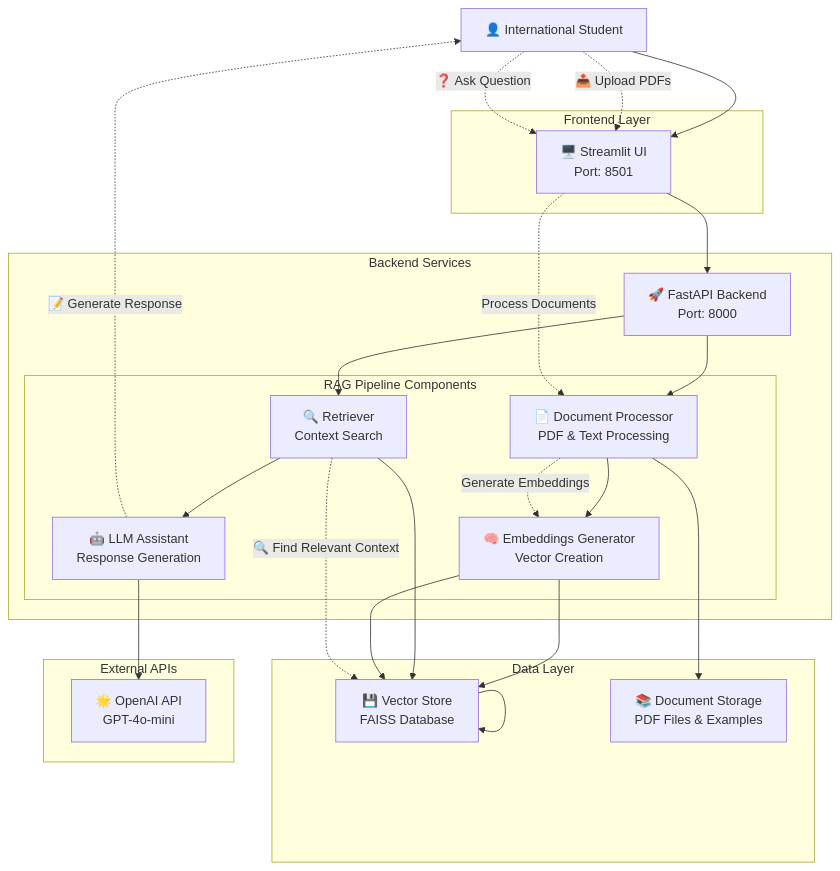
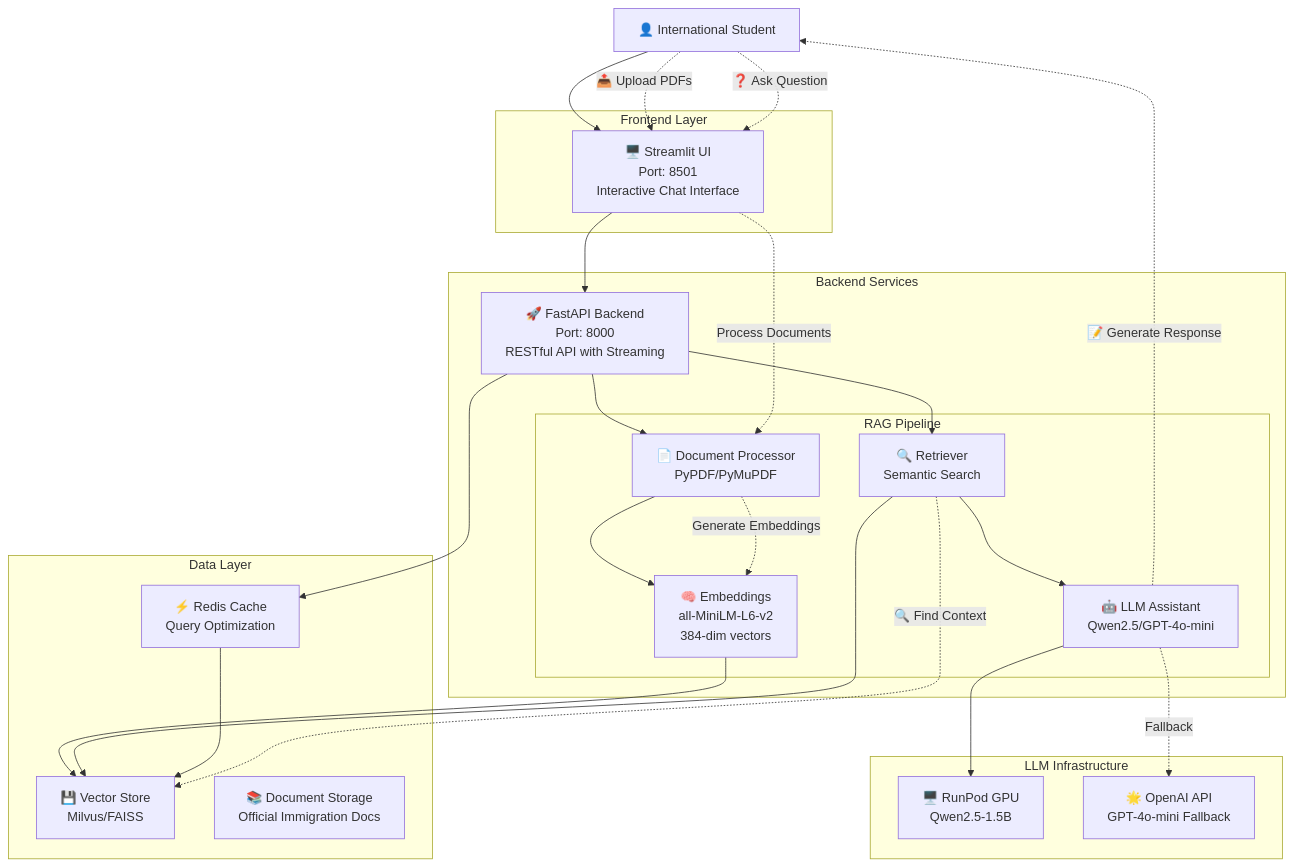
One commit to kitan23/LLM-Agent-for-Visa changed the diagram in README.md. Above: the diagram before and after it, drawn with Mermaid. The commit also changed other lines of this file and 34 other files, not shown here.

````diff
--- a/README.md
+++ b/README.md
@@ -14,61 +30,63 @@
 ```mermaid
 graph TB
     %% User Layer
     User[👤 International Student]
     
     %% Frontend Layer
     subgraph "Frontend Layer"
-        UI[🖥️ Streamlit UI<br/>Port: 8501]
+        UI[🖥️ Streamlit UI<br/>Port: 8501<br/>Interactive Chat Interface]
     end
     
     %% Backend Services Layer
     subgraph "Backend Services"
-        API[🚀 FastAPI Backend<br/>Port: 8000]
+        API[🚀 FastAPI Backend<br/>Port: 8000<br/>RESTful API with Streaming]
         
-        subgraph "RAG Pipeline Components"
-            DOC[📄 Document Processor<br/>PDF & Text Processing]
-            EMB[🧠 Embeddings Generator<br/>Vector Creation]
-            RET[🔍 Retriever<br/>Context Search]
-            LLM[🤖 LLM Assistant<br/>Response Generation]
+        subgraph "RAG Pipeline"
+            DOC[📄 Document Processor<br/>PyPDF/PyMuPDF]
+            EMB[🧠 Embeddings<br/>all-MiniLM-L6-v2<br/>384-dim vectors]
+            RET[🔍 Retriever<br/>Semantic Search]
+            LLM[🤖 LLM Assistant<br/>Qwen2.5/GPT-4o-mini]
         end
     end
     
     %% Data Storage Layer
     subgraph "Data Layer"
-        VS[💾 Vector Store<br/>FAISS Database]
-        DOCS[📚 Document Storage<br/>PDF Files & Examples]
+        VS[💾 Vector Store<br/>Milvus/FAISS]
+        DOCS[📚 Document Storage<br/>Official Immigration Docs]
+        CACHE[⚡ Redis Cache<br/>Query Optimization]
     end
     
     %% External Services
-    subgraph "External APIs"
-        OPENAI[🌟 OpenAI API<br/>GPT-4o-mini]
+    subgraph "LLM Infrastructure"
+        RUNPOD[🖥️ RunPod GPU<br/>Qwen2.5-1.5B]
+        OPENAI[🌟 OpenAI API<br/>GPT-4o-mini Fallback]
     end
     
     %% User Flow
     User --> UI
     UI --> API
     
     %% RAG Pipeline Flow
     API --> DOC
     DOC --> EMB
     EMB --> VS
     API --> RET
     RET --> VS
     RET --> LLM
-    LLM --> OPENAI
+    LLM --> RUNPOD
+    LLM -.->|Fallback| OPENAI
     
-    %% Data Persistence
-    DOC --> DOCS
-    EMB --> VS
-    VS --> VS
+    %% Cache Integration
+    API --> CACHE
+    CACHE --> VS
     
-    %% Document Upload Flow
+    %% Document Flow
     User -.->|"📤 Upload PDFs"| UI
     UI -.->|"Process Documents"| DOC
     DOC -.->|"Generate Embeddings"| EMB
     
     %% Query Flow
     User -.->|"❓ Ask Question"| UI
-    RET -.->|"🔍 Find Relevant Context"| VS
+    RET -.->|"🔍 Find Context"| VS
     LLM -.->|"📝 Generate Response"| User
 ```
````
